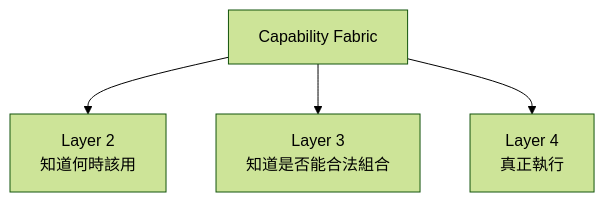
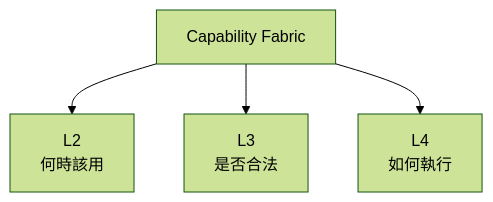
Before and after one commit to NFF98/NodeFF: the fourth of 6 diagrams in working/APP-ARCHITECTURE.md, drawn with Mermaid (forest theme). The commit also changed other lines of this file, not shown here.

Commit message:
docs: align app architecture to 1m 3m 6m evolution model

```diff
--- a/working/APP-ARCHITECTURE.md
+++ b/working/APP-ARCHITECTURE.md
@@ -204,8 +247,7 @@
 ~~~mermaid
 flowchart TB
-    F["Capability Fabric"]
-
-    F --> C["Layer 2<br/>知道何時該用"]
-    F --> V["Layer 3<br/>知道是否能合法組合"]
-    F --> R["Layer 4<br/>真正執行"]
+    F[Capability Fabric]
+    F --> C["L2<br/>何時該用"]
+    F --> V["L3<br/>是否合法"]
+    F --> R["L4<br/>如何執行"]
 ~~~
```
